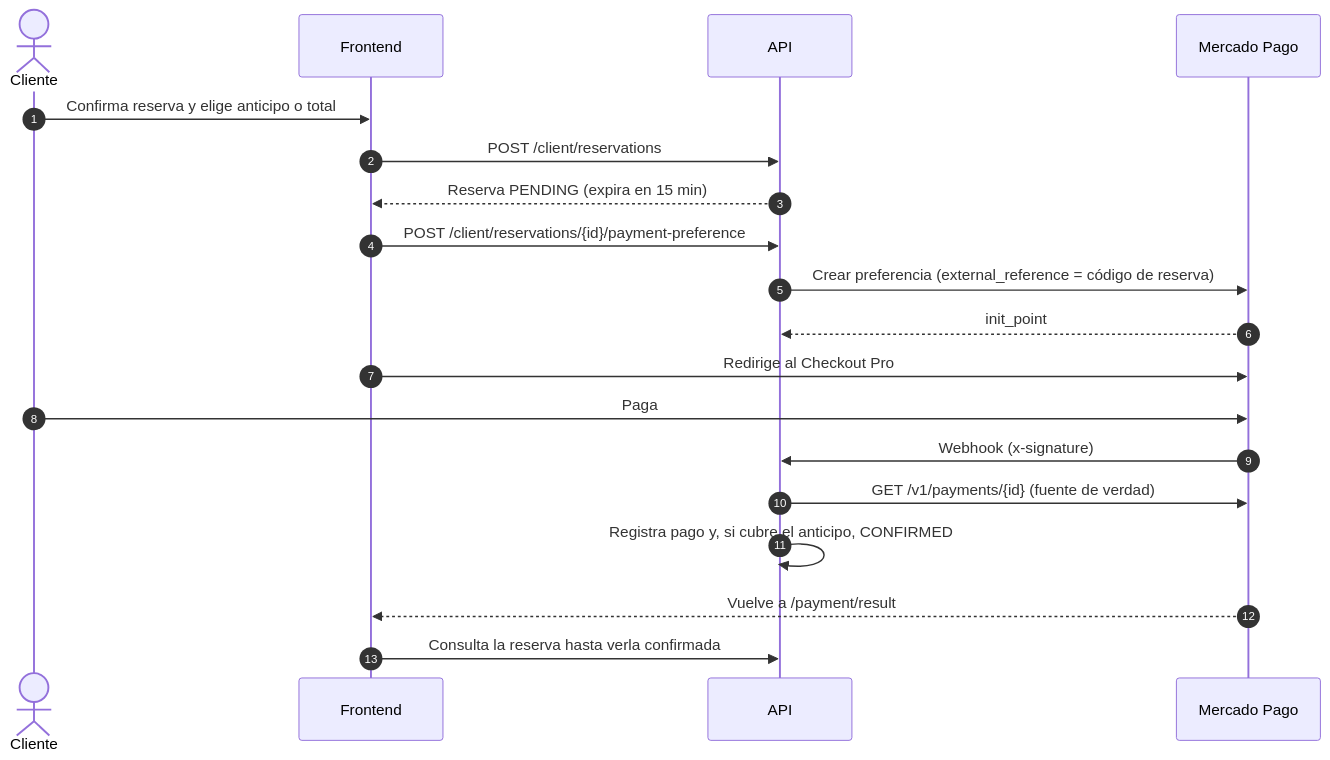
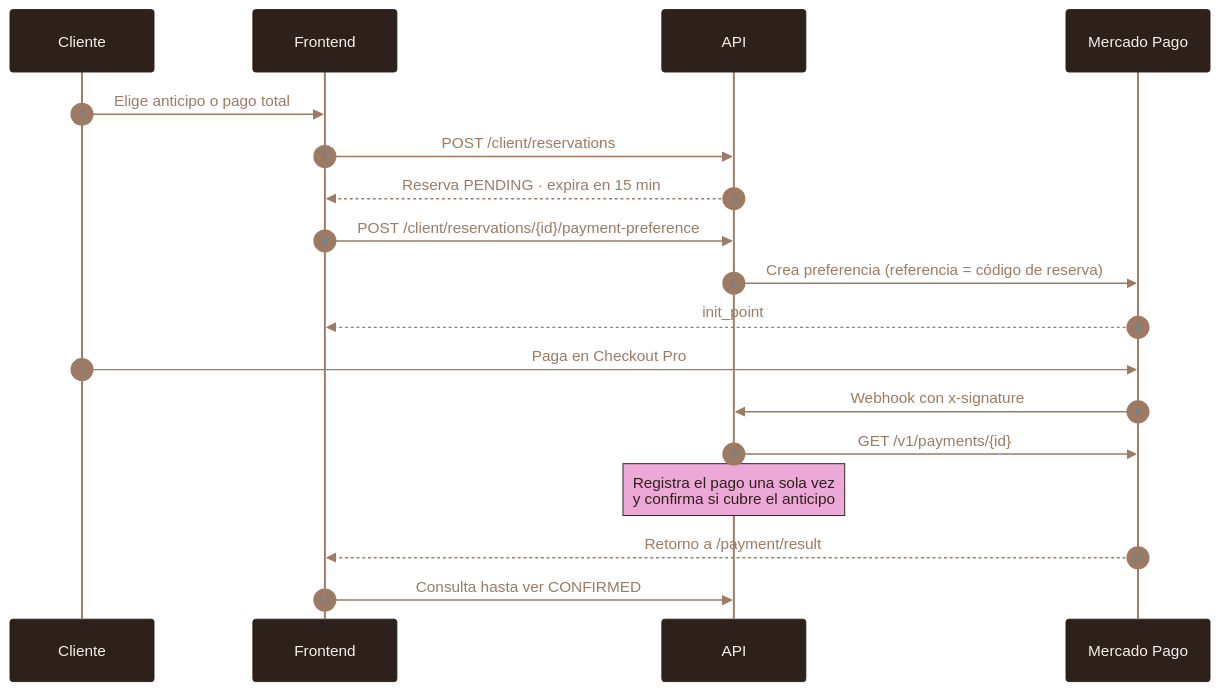
One commit to HotelGotitass/Hotel changed the third of 8 diagrams in README.md. Above: the diagram before and after it, drawn with Mermaid. The commit also changed other lines of this file, not shown here.

Commit message:
docs: rediseno del README con encabezado, tarjetas y diagramas con la paleta de marca

````diff
--- a/README.md
+++ b/README.md
@@ -62,21 +85,21 @@
 ```mermaid
+%%{init: {"theme":"base","themeVariables":{"primaryColor":"#F7F1E8","primaryTextColor":"#2E211B","primaryBorderColor":"#2E211B","lineColor":"#9C7A63","secondaryColor":"#ECA8D6","tertiaryColor":"#FBF8F3","edgeLabelBackground":"#F7F1E8","noteBkgColor":"#ECA8D6","noteTextColor":"#2E211B","noteBorderColor":"#2E211B","actorBkg":"#2E211B","actorTextColor":"#F7F1E8","actorBorder":"#2E211B","actorLineColor":"#9C7A63","signalColor":"#9C7A63","signalTextColor":"#9C7A63","labelBoxBkgColor":"#ECA8D6","labelTextColor":"#2E211B","loopTextColor":"#9C7A63","attributeBackgroundColorOdd":"#FBF8F3","attributeBackgroundColorEven":"#F7F1E8"}}}%%
 sequenceDiagram
     autonumber
-    actor C as Cliente
+    participant C as Cliente
     participant FE as Frontend
     participant API as API
     participant MP as Mercado Pago
-    C->>FE: Confirma reserva y elige anticipo o total
+    C->>FE: Elige anticipo o pago total
     FE->>API: POST /client/reservations
-    API-->>FE: Reserva PENDING (expira en 15 min)
+    API-->>FE: Reserva PENDING · expira en 15 min
     FE->>API: POST /client/reservations/{id}/payment-preference
-    API->>MP: Crear preferencia (external_reference = código de reserva)
-    MP-->>API: init_point
-    FE->>MP: Redirige al Checkout Pro
-    C->>MP: Paga
-    MP->>API: Webhook (x-signature)
-    API->>MP: GET /v1/payments/{id} (fuente de verdad)
-    API->>API: Registra pago y, si cubre el anticipo, CONFIRMED
-    MP-->>FE: Vuelve a /payment/result
-    FE->>API: Consulta la reserva hasta verla confirmada
+    API->>MP: Crea preferencia (referencia = código de reserva)
+    MP-->>FE: init_point
+    C->>MP: Paga en Checkout Pro
+    MP->>API: Webhook con x-signature
+    API->>MP: GET /v1/payments/{id}
+    Note over API: Registra el pago una sola vez<br/>y confirma si cubre el anticipo
+    MP-->>FE: Retorno a /payment/result
+    FE->>API: Consulta hasta ver CONFIRMED
 ```
````
